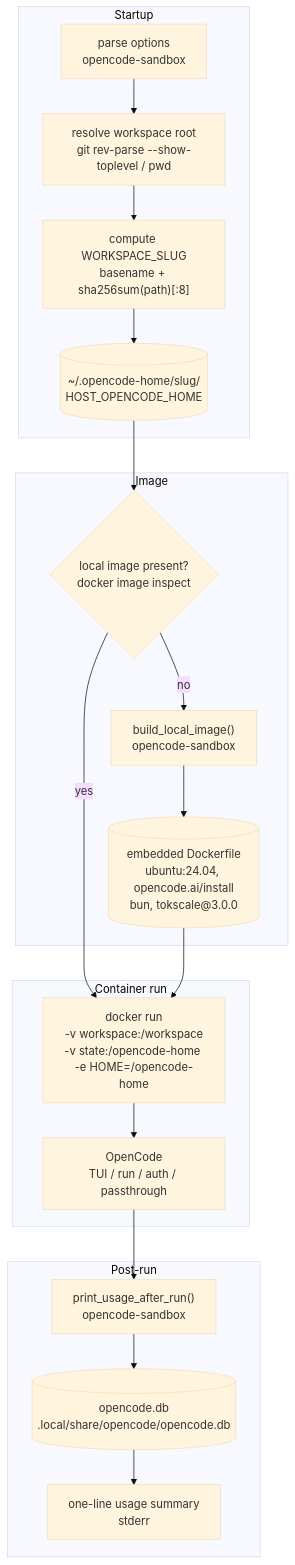
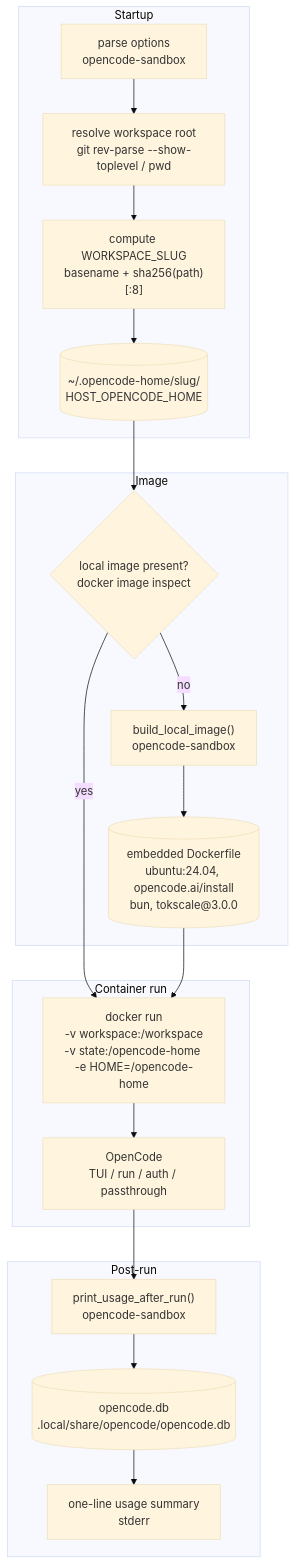
Before and after one commit to LanNguyenSi/opencode-sandbox: the diagram in README.md, drawn with Mermaid (base theme). The commit also changed other lines of this file and 3 other files, not shown here.

First line of the commit message:
fix(sandbox): shasum fallback for sha256sum, smoke tests work on a stock macOS (#15)

````diff
--- a/README.md
+++ b/README.md
@@ -15,35 +15,35 @@
 ```mermaid
 flowchart TD
     subgraph startup ["Startup"]
         A["parse options<br/>opencode-sandbox"]
         B["resolve workspace root<br/>git rev-parse --show-toplevel / pwd"]
-        C["compute WORKSPACE_SLUG<br/>basename + sha256sum(path)[:8]"]
+        C["compute WORKSPACE_SLUG<br/>basename + sha256(path)[:8]"]
         D[("~/.opencode-home/slug/<br/>HOST_OPENCODE_HOME")]
         A --> B --> C --> D
     end
 
     subgraph image ["Image"]
         E{"local image present?<br/>docker image inspect"}
         F["build_local_image()<br/>opencode-sandbox"]
         G[("embedded Dockerfile<br/>ubuntu:24.04, opencode.ai/install<br/>bun, tokscale@3.0.0")]
         E -- no --> F --> G
     end
 
     subgraph container ["Container run"]
         H["docker run<br/>-v workspace:/workspace<br/>-v state:/opencode-home -e HOME=/opencode-home"]
         I["OpenCode<br/>TUI / run / auth / passthrough"]
         H --> I
     end
 
     subgraph postrun ["Post-run"]
         J["print_usage_after_run()<br/>opencode-sandbox"]
         K[("opencode.db<br/>.local/share/opencode/opencode.db")]
         L["one-line usage summary<br/>stderr"]
         J --> K --> L
     end
 
     D --> E
     E -- yes --> H
     G --> H
     I --> J
 ```
````
